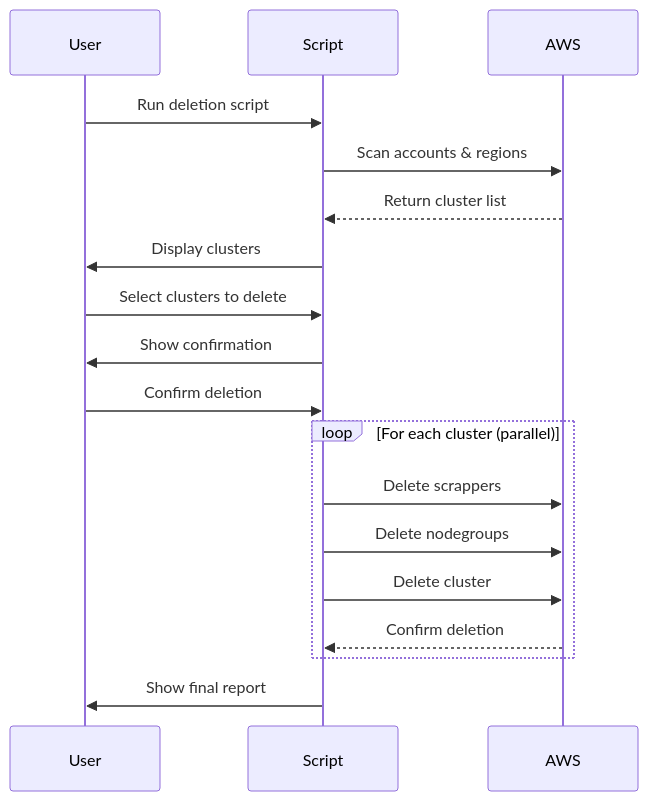
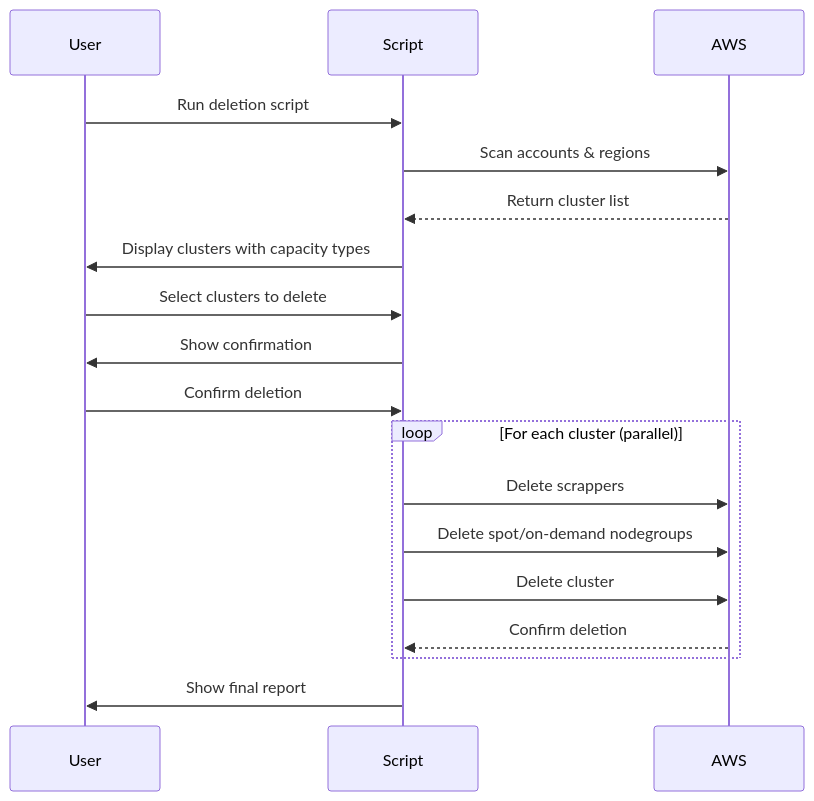
One commit to varadharajaan/aws-create-iam-eks-ec2-one-click changed the second of 3 diagrams in README.md. Above: the diagram before and after it, drawn with Mermaid. The commit also changed other lines of this file, not shown here.

````diff
--- a/README.md
+++ b/README.md
@@ -665,23 +1244,23 @@
 ```mermaid
 sequenceDiagram
     participant User
     participant Script
     participant AWS
     
     User->>Script: Run deletion script
     Script->>AWS: Scan accounts & regions
     AWS-->>Script: Return cluster list
-    Script->>User: Display clusters
+    Script->>User: Display clusters with capacity types
     User->>Script: Select clusters to delete
     Script->>User: Show confirmation
     User->>Script: Confirm deletion
     
     loop For each cluster (parallel)
         Script->>AWS: Delete scrappers
-        Script->>AWS: Delete nodegroups
+        Script->>AWS: Delete spot/on-demand nodegroups
         Script->>AWS: Delete cluster
         AWS-->>Script: Confirm deletion
     end
     
     Script->>User: Show final report
 ```
````
